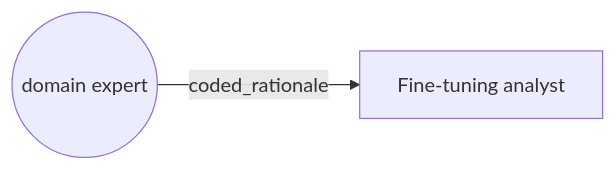
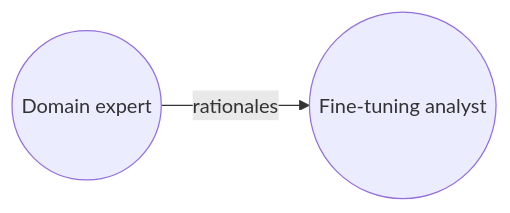
The third of 3 diagrams in tune-chatgpt/notes.md (borisdev/research), drawn with Mermaid before and after one commit.

Commit message:
experiment new flow chart

````diff
--- a/tune-chatgpt/notes.md
+++ b/tune-chatgpt/notes.md
@@ -31,4 +31,4 @@
 ```mermaid
 flowchart LR
-    E((domain expert))-- coded_rationale -->A[Fine-tuning analyst]
+    E((Domain expert))-- rationales -->A((Fine-tuning analyst))
 ```
````
